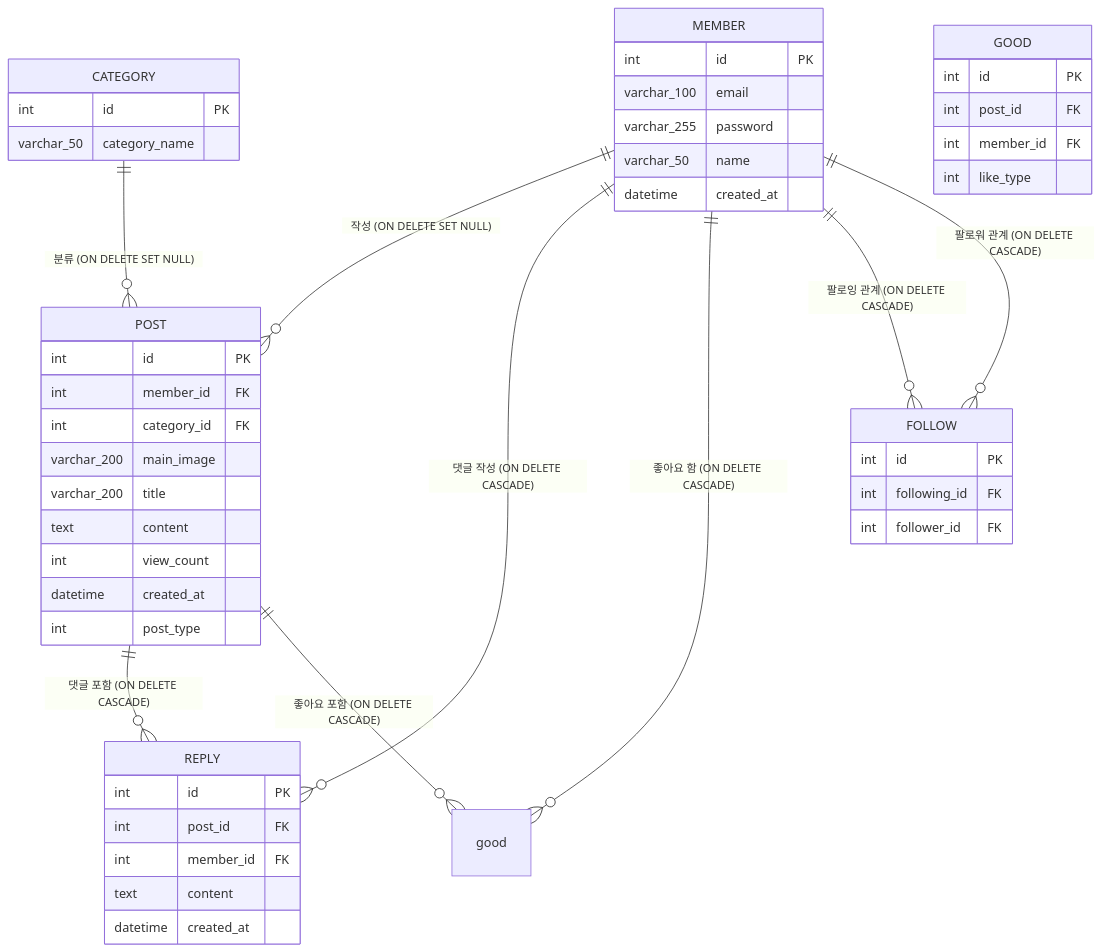
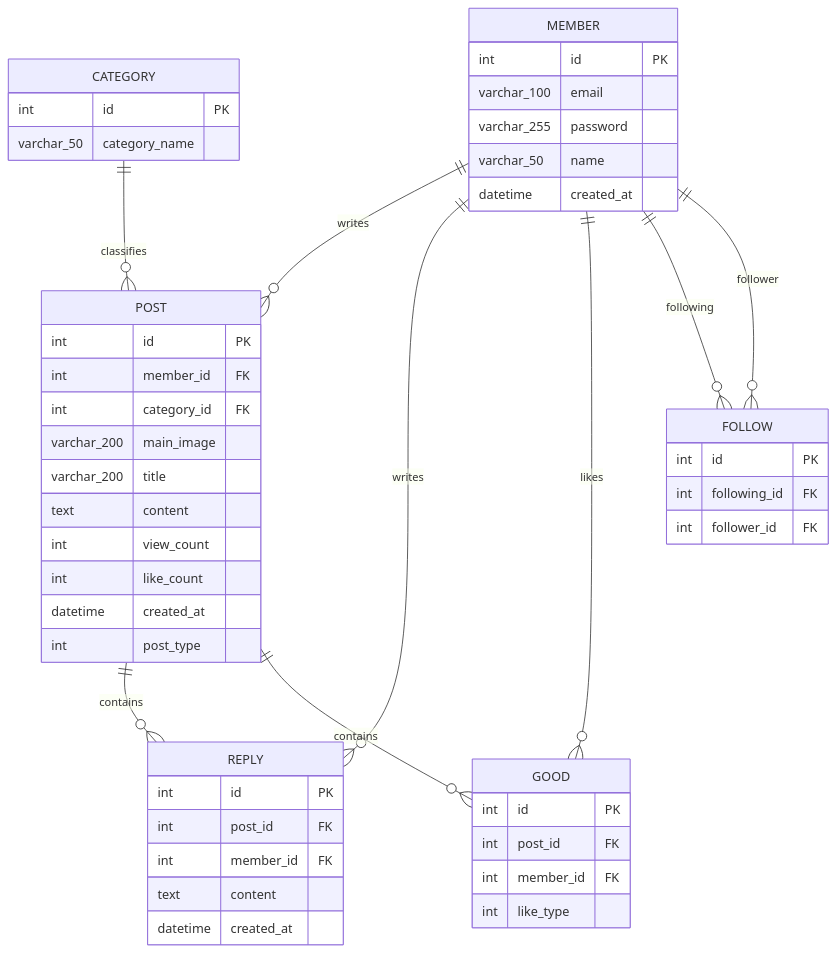
The diagram in docs/02_design/02_erd.md (00-ydh/recipe), drawn with Mermaid before and after one commit. The commit also changed other lines of this file and 5 other files, not shown here.

````diff
--- a/docs/02_design/02_erd.md
+++ b/docs/02_design/02_erd.md
@@ -13,62 +13,61 @@
 ```mermaid
 erDiagram
-    MEMBER ||--o{ POST : "작성 (ON DELETE SET NULL)"
-    CATEGORY ||--o{ POST : "분류 (ON DELETE SET NULL)"
+    MEMBER ||--o{ POST : writes
+    CATEGORY ||--o{ POST : classifies
     
-    POST ||--o{ REPLY : "댓글 포함 (ON DELETE CASCADE)"
-    MEMBER ||--o{ REPLY : "댓글 작성 (ON DELETE CASCADE)"
+    POST ||--o{ REPLY : contains
+    MEMBER ||--o{ REPLY : writes
     
-    POST ||--o{ good : "좋아요 포함 (ON DELETE CASCADE)"
-    MEMBER ||--o{ good : "좋아요 함 (ON DELETE CASCADE)"
+    POST ||--o{ GOOD : contains
+    MEMBER ||--o{ GOOD : likes
     
-    MEMBER ||--o{ FOLLOW : "팔로잉 관계 (ON DELETE CASCADE)"
-    MEMBER ||--o{ FOLLOW : "팔로워 관계 (ON DELETE CASCADE)"
-    
+    MEMBER ||--o{ FOLLOW : following
+    MEMBER ||--o{ FOLLOW : follower
     
     MEMBER {
         int id PK
         varchar_100 email
         varchar_255 password
         varchar_50 name
         datetime created_at
     }
 
     POST {
         int id PK
         int member_id FK
         int category_id FK
         varchar_200 main_image
         varchar_200 title
         text content
         int view_count
+        int like_count
         datetime created_at
         int post_type
     }
     
     REPLY {
         int id PK
         int post_id FK
         int member_id FK
         text content
         datetime created_at
     }
 
     GOOD {
         int id PK
         int post_id FK
         int member_id FK
         int like_type
     }
 
     CATEGORY {
         int id PK
         varchar_50 category_name
     }
     
     FOLLOW {
         int id PK
         int following_id FK
         int follower_id FK
     }
-    
 ```
````
